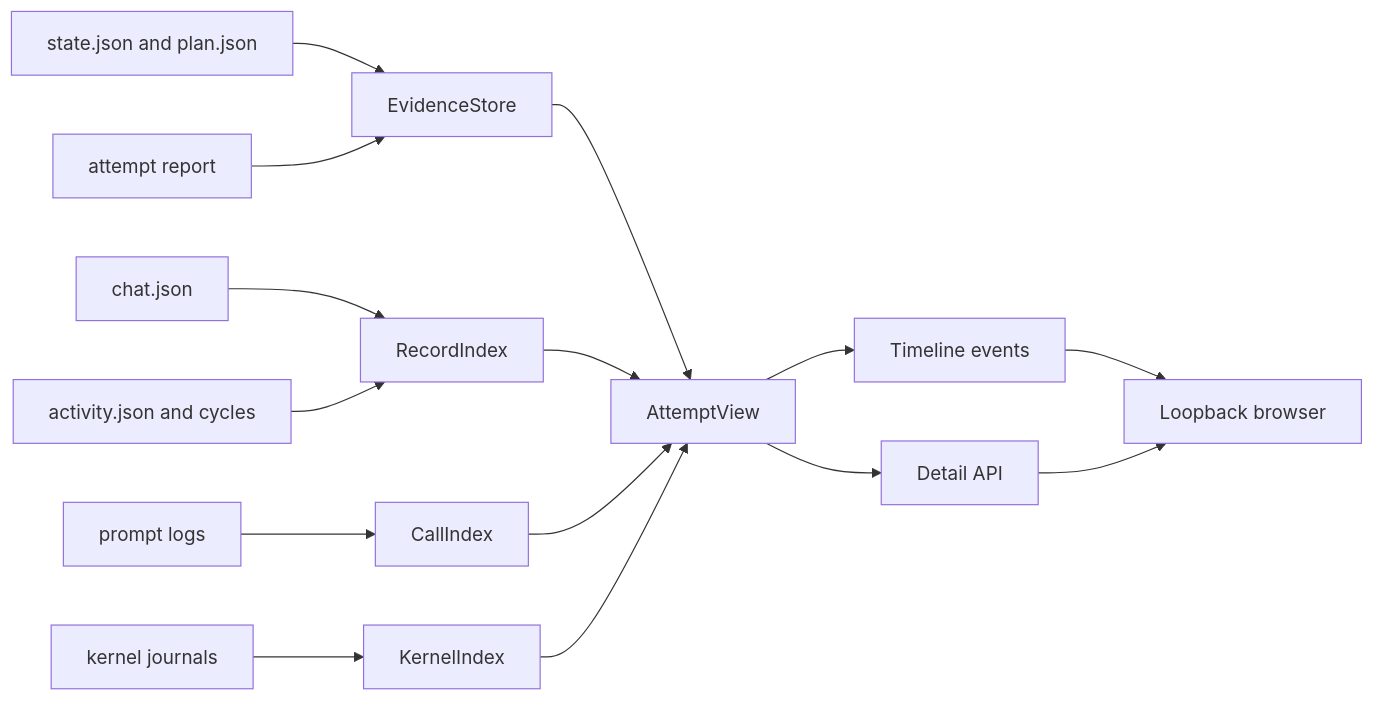
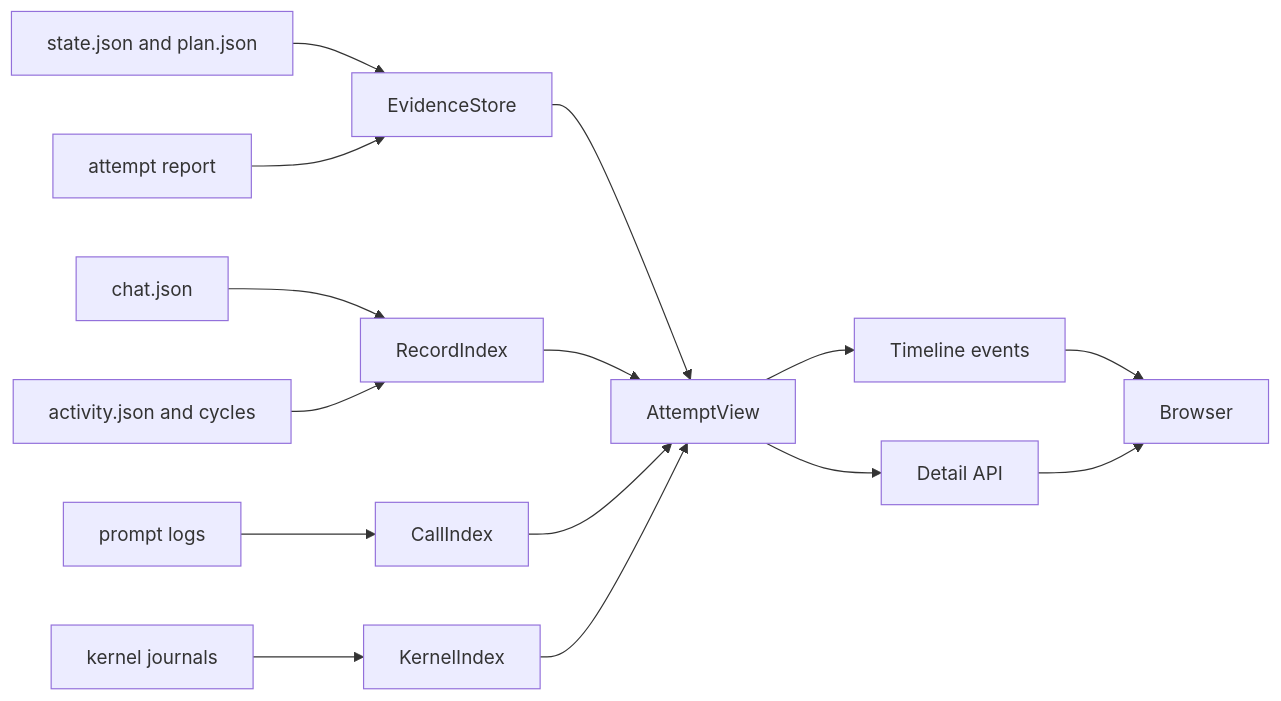
Before and after one commit to flamingrickpat/private-machine: the diagram in docs/subsystems/timeline.md, drawn with Mermaid. The commit also changed other lines of this file and 32 other files, not shown here.

````diff
--- a/docs/subsystems/timeline.md
+++ b/docs/subsystems/timeline.md
@@ -43,17 +46,17 @@
 ```mermaid
 flowchart LR
   S[state.json and plan.json] --> E[EvidenceStore]
   A[attempt report] --> E
   C[chat.json] --> R[RecordIndex]
   P[activity.json and cycles] --> R
   L[prompt logs] --> K[CallIndex]
   W[kernel journals] --> F[KernelIndex]
   E --> V[AttemptView]
   R --> V
   K --> V
   F --> V
   V --> T[Timeline events]
   V --> D[Detail API]
-  T --> B[Loopback browser]
+  T --> B[Browser]
   D --> B
 ```
````
